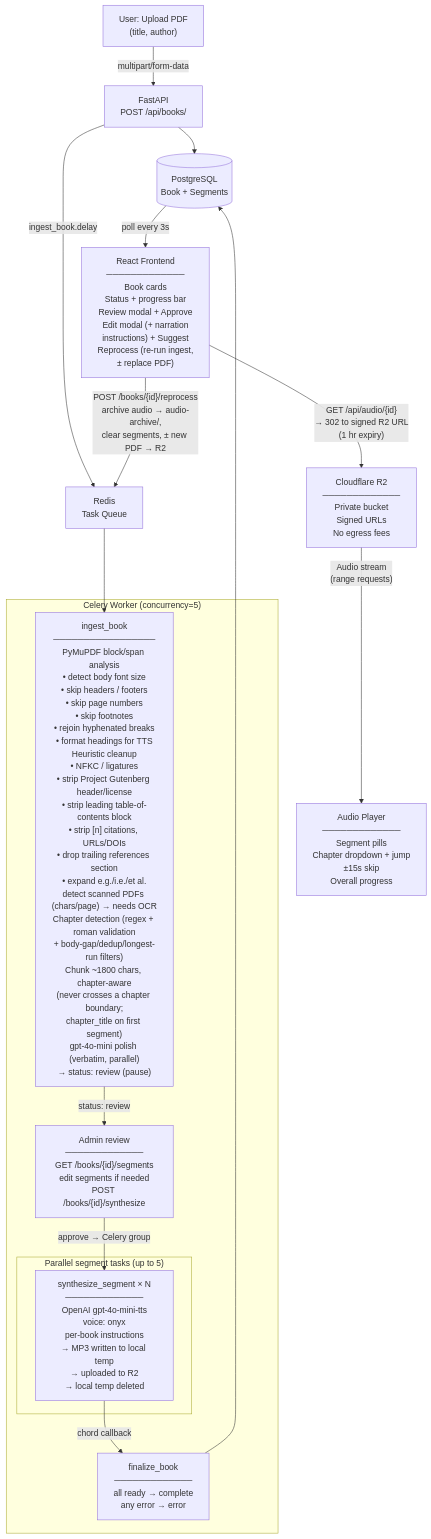
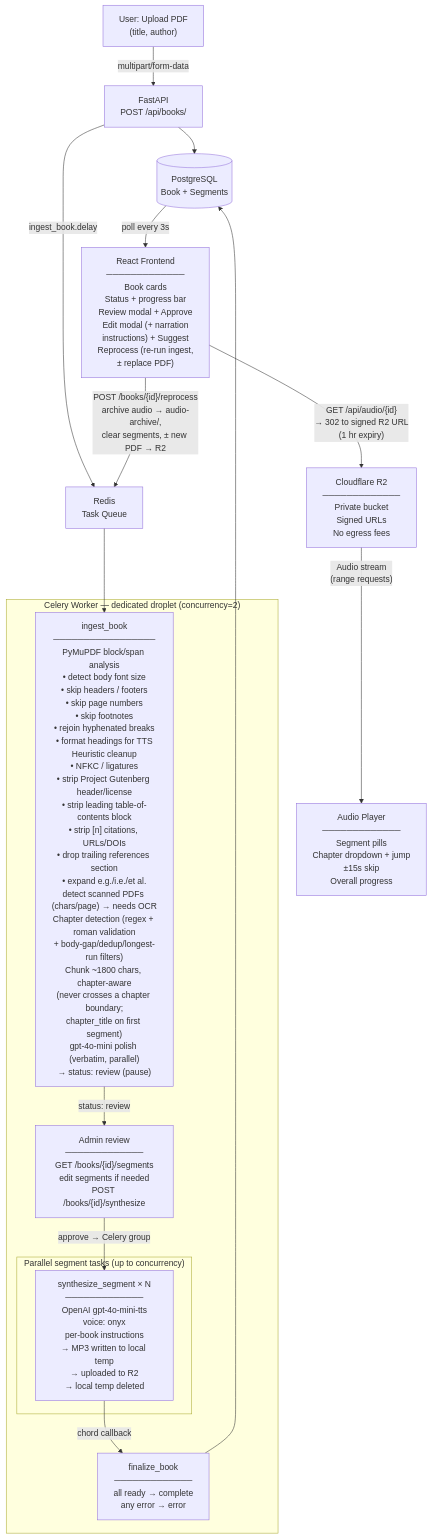
One commit to antispiraldev/AudioBookLib changed the diagram in PIPELINE.md. Above: the diagram before and after it, drawn with Mermaid. The commit also changed other lines of this file and 3 other files, not shown here.

First line of the commit message:
infra: split Celery worker onto a dedicated droplet

````diff
--- a/PIPELINE.md
+++ b/PIPELINE.md
@@ -3,37 +3,37 @@
 ```mermaid
 flowchart TD
     Upload["User: Upload PDF\n(title, author)"]
     API["FastAPI\nPOST /api/books/"]
     DB[("PostgreSQL\nBook + Segments")]
     Queue["Redis\nTask Queue"]
 
     Upload -->|multipart/form-data| API
     API --> DB
     API -->|ingest_book.delay| Queue
 
     Queue --> Ingest
 
-    subgraph Worker ["Celery Worker (concurrency=5)"]
+    subgraph Worker ["Celery Worker — dedicated droplet (concurrency=2)"]
         Ingest["ingest_book\n─────────────────\nPyMuPDF block/span analysis\n• detect body font size\n• skip headers / footers\n• skip page numbers\n• skip footnotes\n• rejoin hyphenated breaks\n• format headings for TTS\nHeuristic cleanup\n• NFKC / ligatures\n• strip Project Gutenberg header/license\n• strip leading table-of-contents block\n• strip [n] citations, URLs/DOIs\n• drop trailing references section\n• expand e.g./i.e./et al.\ndetect scanned PDFs (chars/page) → needs OCR\nChapter detection (regex + roman validation\n+ body-gap/dedup/longest-run filters)\nChunk ~1800 chars, chapter-aware\n(never crosses a chapter boundary;\nchapter_title on first segment)\ngpt-4o-mini polish (verbatim, parallel)\n→ status: review (pause)"]
 
         Review["Admin review\n─────────────\nGET /books/{id}/segments\nedit segments if needed\nPOST /books/{id}/synthesize"]
         Ingest -->|"status: review"| Review
         Review -->|"approve → Celery group"| Synth
 
-        subgraph Parallel ["Parallel segment tasks (up to 5)"]
+        subgraph Parallel ["Parallel segment tasks (up to concurrency)"]
             Synth["synthesize_segment × N\n─────────────\nOpenAI gpt-4o-mini-tts\nvoice: onyx\nper-book instructions\n→ MP3 written to local temp\n→ uploaded to R2\n→ local temp deleted"]
         end
 
         Synth -->|"chord callback"| Finalize
         Finalize["finalize_book\n─────────────\nall ready → complete\nany error  → error"]
     end
 
     Finalize --> DB
 
     DB -->|"poll every 3s"| Frontend
     Frontend["React Frontend\n─────────────\nBook cards\nStatus + progress bar\nReview modal + Approve\nEdit modal (+ narration\ninstructions) + Suggest\nReprocess (re-run ingest,\n± replace PDF)"]
     Frontend -->|"POST /books/{id}/reprocess\narchive audio → audio-archive/,\nclear segments, ± new PDF → R2"| Queue
     Frontend -->|"GET /api/audio/{id}\n→ 302 to signed R2 URL\n(1 hr expiry)"| R2
     R2["Cloudflare R2\n─────────────\nPrivate bucket\nSigned URLs\nNo egress fees"]
     R2 -->|"Audio stream\n(range requests)"| Player["Audio Player\n─────────────\nSegment pills\nChapter dropdown + jump\n±15s skip\nOverall progress"]
 ```
````
